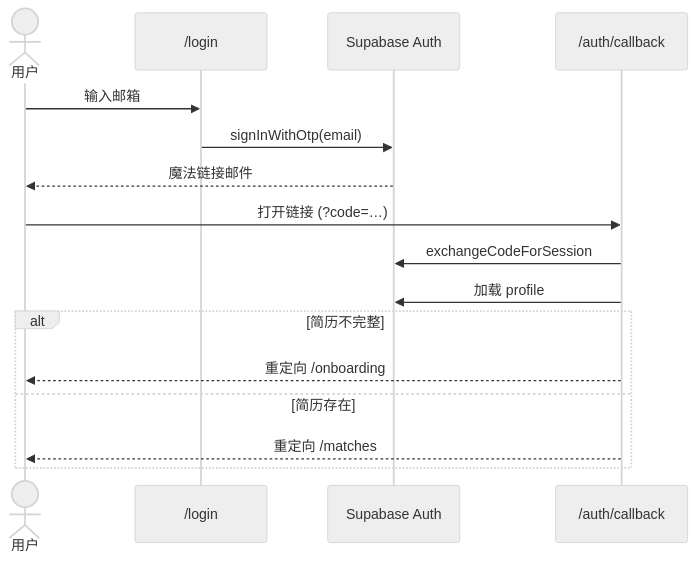
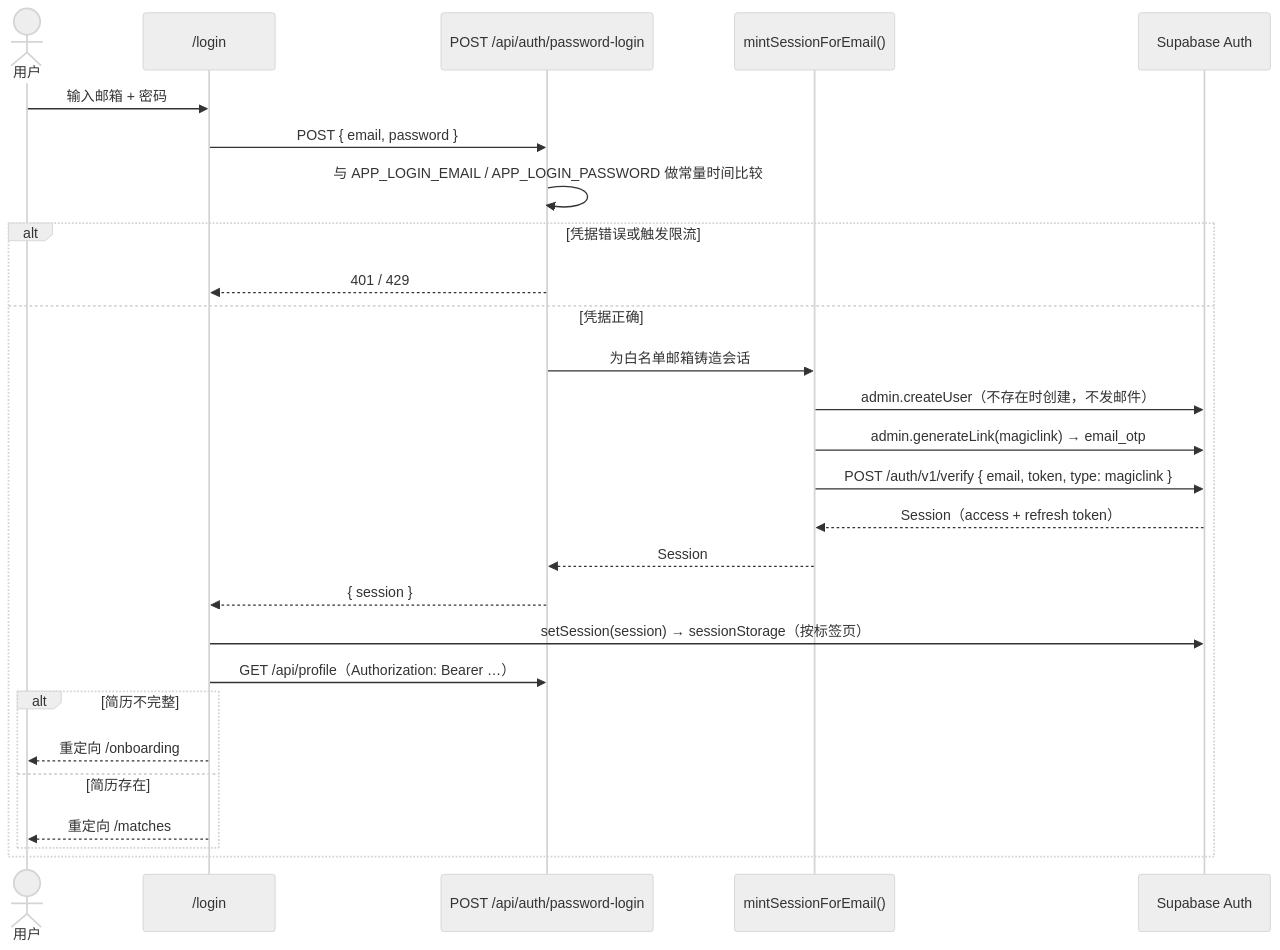
The third of 8 diagrams in docs/03-jobpilot-workflow-zh.md (jxjwilliam/jobPilot), drawn with Mermaid (neutral theme) before and after one commit. The commit also changed other lines of this file and 22 other files, not shown here.

First line of the commit message:
docs: sync docs with password login + sessionStorage auth

````diff
--- a/docs/03-jobpilot-workflow-zh.md
+++ b/docs/03-jobpilot-workflow-zh.md
@@ -92,19 +92,30 @@
 ```mermaid
 sequenceDiagram
   actor U as 用户
   participant FE as /login
+  participant API as POST /api/auth/password-login
+  participant MS as mintSessionForEmail()
   participant SB as Supabase Auth
-  participant CB as /auth/callback
 
-  U->>FE: 输入邮箱
-  FE->>SB: signInWithOtp(email)
-  SB-->>U: 魔法链接邮件
-  U->>CB: 打开链接 (?code=…)
-  CB->>SB: exchangeCodeForSession
-  CB->>SB: 加载 profile
-  alt 简历不完整
-    CB-->>U: 重定向 /onboarding
-  else 简历存在
-    CB-->>U: 重定向 /matches
+  U->>FE: 输入邮箱 + 密码
+  FE->>API: POST { email, password }
+  API->>API: 与 APP_LOGIN_EMAIL / APP_LOGIN_PASSWORD 做常量时间比较
+  alt 凭据错误或触发限流
+    API-->>FE: 401 / 429
+  else 凭据正确
+    API->>MS: 为白名单邮箱铸造会话
+    MS->>SB: admin.createUser（不存在时创建，不发邮件）
+    MS->>SB: admin.generateLink(magiclink) → email_otp
+    MS->>SB: POST /auth/v1/verify { email, token, type: magiclink }
+    SB-->>MS: Session（access + refresh token）
+    MS-->>API: Session
+    API-->>FE: { session }
+    FE->>SB: setSession(session) → sessionStorage（按标签页）
+    FE->>API: GET /api/profile（Authorization: Bearer …）
+    alt 简历不完整
+      FE-->>U: 重定向 /onboarding
+    else 简历存在
+      FE-->>U: 重定向 /matches
+    end
   end
 ```
````
